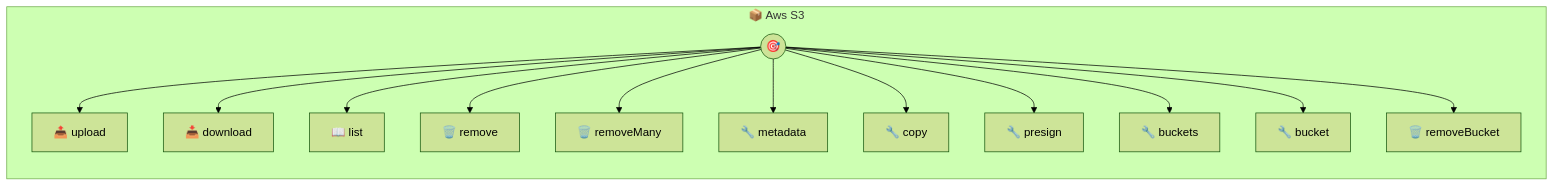
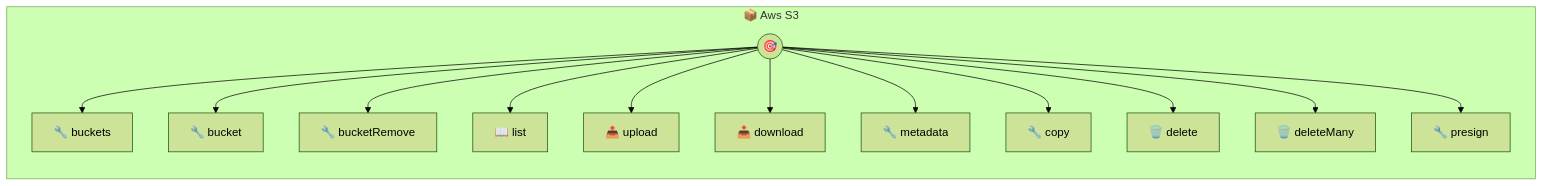
One commit to portel-dev/photons changed the diagram in aws-s3.md. Above: the diagram before and after it, drawn with Mermaid (forest theme). The commit also changed other lines of this file and 8 other files, not shown here.

````diff
--- a/aws-s3.md
+++ b/aws-s3.md
@@ -222,29 +216,29 @@
 ```mermaid
 flowchart LR
     subgraph aws_s3["📦 Aws S3"]
         direction TB
         PHOTON((🎯))
-        T0[📤 upload]
+        T0[🔧 buckets]
         PHOTON --> T0
-        T1[📥 download]
+        T1[🔧 bucket]
         PHOTON --> T1
-        T2[📖 list]
+        T2[🔧 bucketRemove]
         PHOTON --> T2
-        T3[🗑️ remove]
+        T3[📖 list]
         PHOTON --> T3
-        T4[🗑️ removeMany]
+        T4[📤 upload]
         PHOTON --> T4
-        T5[🔧 metadata]
+        T5[📥 download]
         PHOTON --> T5
-        T6[🔧 copy]
+        T6[🔧 metadata]
         PHOTON --> T6
-        T7[🔧 presign]
+        T7[🔧 copy]
         PHOTON --> T7
-        T8[🔧 buckets]
+        T8[🗑️ delete]
         PHOTON --> T8
-        T9[🔧 bucket]
+        T9[🗑️ deleteMany]
         PHOTON --> T9
-        T10[🗑️ removeBucket]
+        T10[🔧 presign]
         PHOTON --> T10
     end
 ```
````
